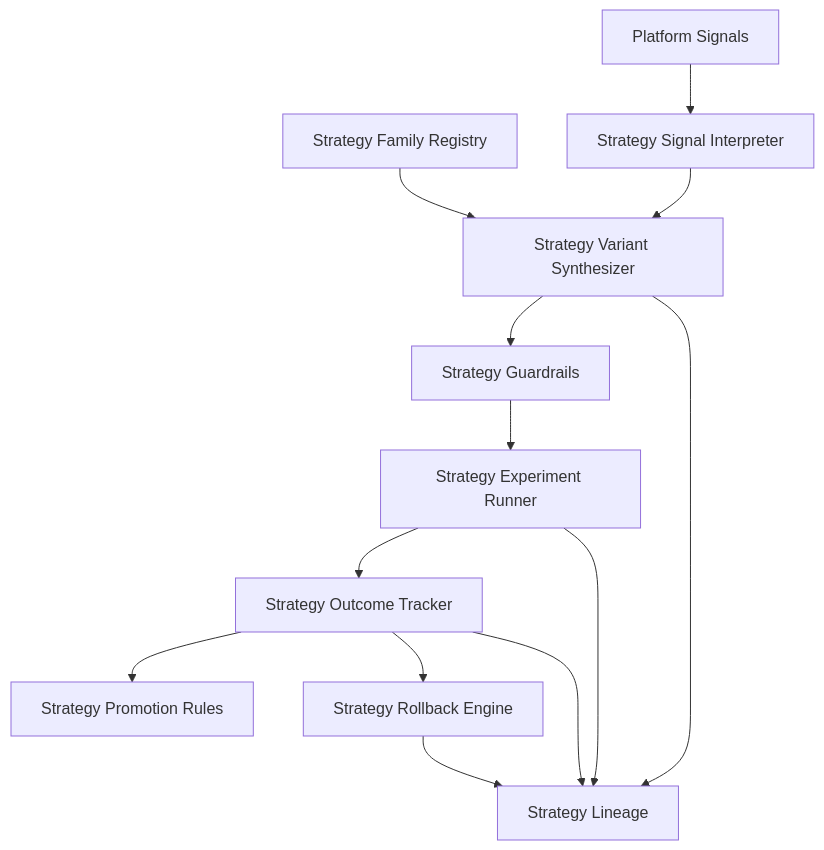
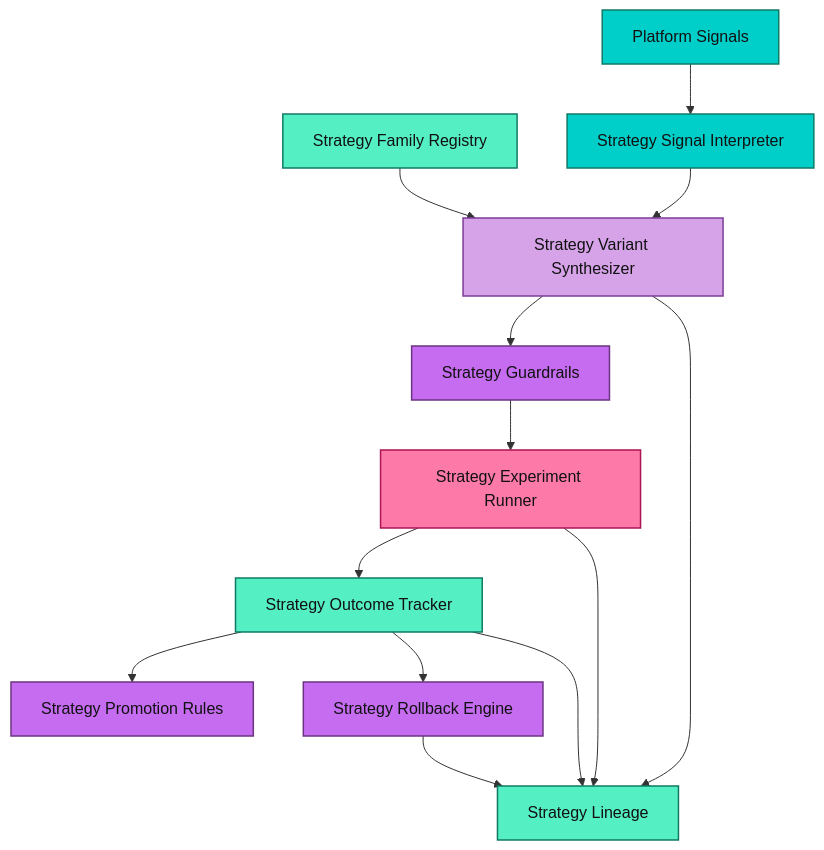
Before and after one commit to zansued/axionos: the ninth of 10 diagrams in docs/ARCHITECTURE.md, drawn with Mermaid.

Commit message:
Preceding changes

````diff
--- a/docs/ARCHITECTURE.md
+++ b/docs/ARCHITECTURE.md
@@ -369,25 +369,31 @@
 ```mermaid
 flowchart TB
-    Family["Strategy Family Registry"]
-    Signal["Strategy Signal Interpreter"]
-    Synth["Strategy Variant Synthesizer"]
-    Guard["Strategy Guardrails"]
-    Experiment["Strategy Experiment Runner"]
-    Outcome["Strategy Outcome Tracker"]
-    Promote["Strategy Promotion Rules"]
-    Rollback["Strategy Rollback Engine"]
-    Lineage["Strategy Lineage"]
+    Family["Strategy Family Registry"]:::data
+    Signal["Strategy Signal Interpreter"]:::intelligence
+    Synth["Strategy Variant Synthesizer"]:::strategic
+    Guard["Strategy Guardrails"]:::governance
+    Experiment["Strategy Experiment Runner"]:::runtime
+    Outcome["Strategy Outcome Tracker"]:::data
+    Promote["Strategy Promotion Rules"]:::governance
+    Rollback["Strategy Rollback Engine"]:::governance
+    Lineage["Strategy Lineage"]:::data
 
-    PlatformSignals["Platform Signals"] --> Signal
+    PlatformSignals["Platform Signals"]:::intelligence --> Signal
     Family --> Synth
     Signal --> Synth
     Synth --> Guard
     Guard --> Experiment
     Experiment --> Outcome
     Outcome --> Promote
     Outcome --> Rollback
     Synth --> Lineage
     Experiment --> Lineage
     Outcome --> Lineage
     Rollback --> Lineage
+
+    classDef intelligence fill:#00CEC9,stroke:#117A65,color:#111,stroke-width:1.5px;
+    classDef strategic fill:#D6A2E8,stroke:#7D3C98,color:#111,stroke-width:1.5px;
+    classDef runtime fill:#FD79A8,stroke:#AD1457,color:#111,stroke-width:1.5px;
+    classDef governance fill:#C56CF0,stroke:#6C3483,color:#111,stroke-width:1.5px;
+    classDef data fill:#55EFC4,stroke:#117A65,color:#111,stroke-width:1.5px;
 ```
````
